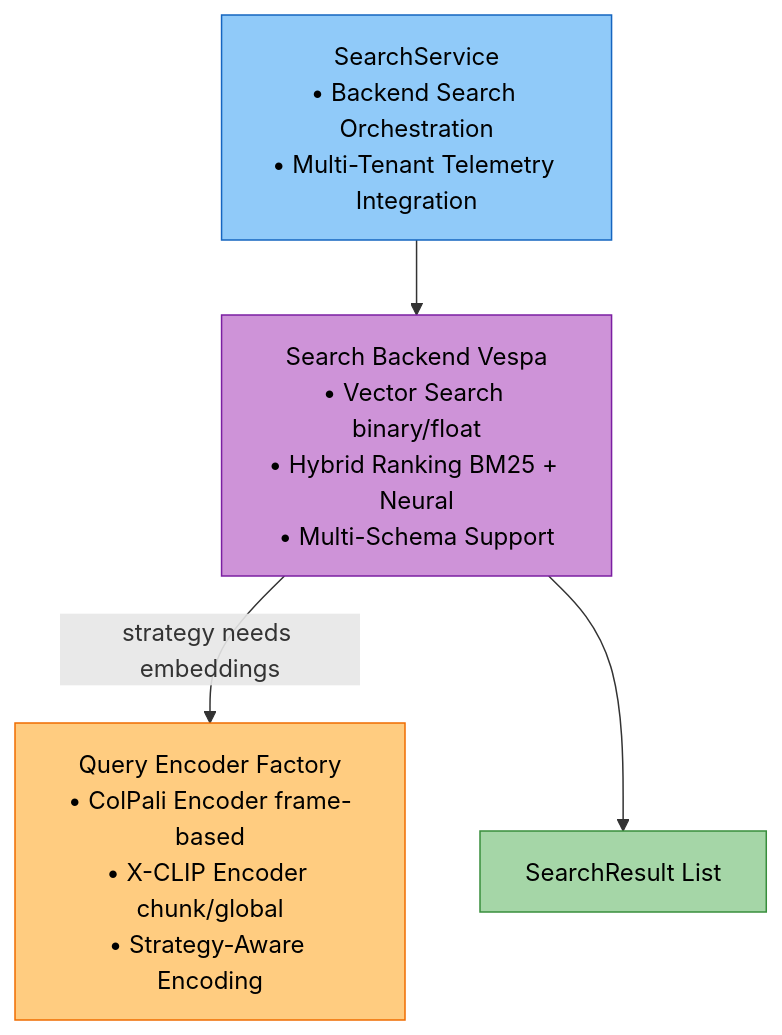
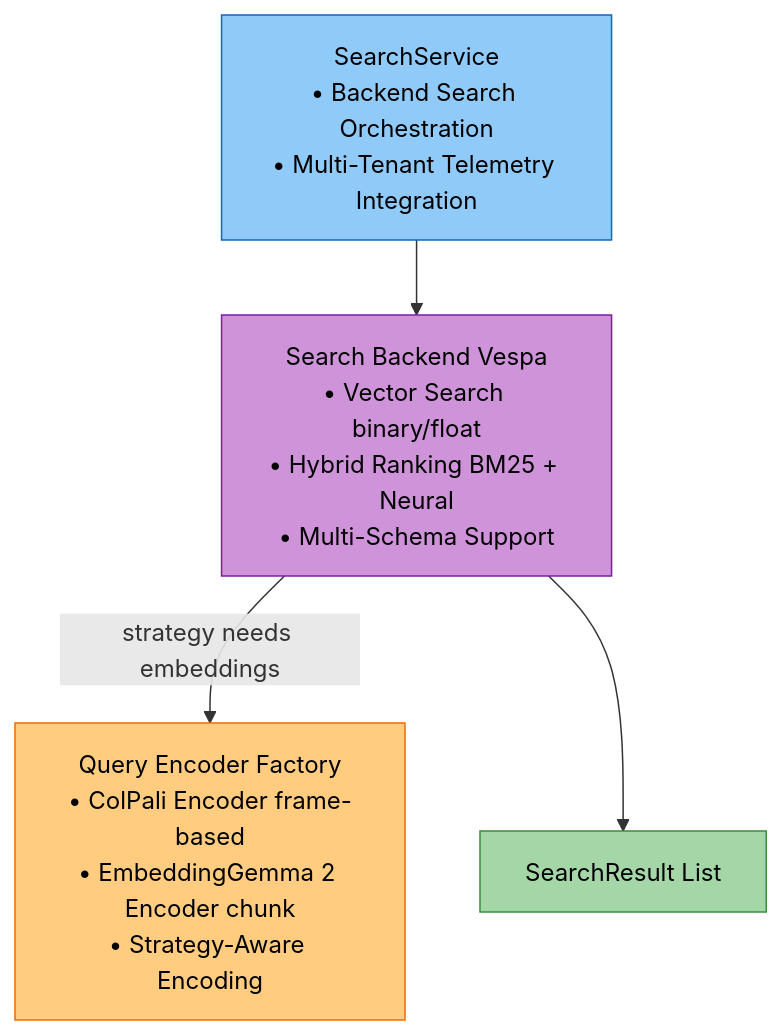
Before and after one commit to amit-jain/cogniverse: the first of 3 diagrams in docs/modules/search-reranking.md, drawn with Mermaid. The commit also changed 161 other files, not shown here.

````diff
--- a/docs/modules/search-reranking.md
+++ b/docs/modules/search-reranking.md
@@ -58,15 +58,15 @@
 ```mermaid
 flowchart TB
     SearchService["<span style='color:#000'>SearchService<br/>• Backend Search Orchestration<br/>• Multi-Tenant Telemetry Integration</span>"]
 
     SearchService --> Backend["<span style='color:#000'>Search Backend Vespa<br/>• Vector Search binary/float<br/>• Hybrid Ranking BM25 + Neural<br/>• Multi-Schema Support</span>"]
 
-    Backend -->|strategy needs embeddings| EncoderFactory["<span style='color:#000'>Query Encoder Factory<br/>• ColPali Encoder frame-based<br/>• X-CLIP Encoder chunk/global<br/>• Strategy-Aware Encoding</span>"]
+    Backend -->|strategy needs embeddings| EncoderFactory["<span style='color:#000'>Query Encoder Factory<br/>• ColPali Encoder frame-based<br/>• EmbeddingGemma 2 Encoder chunk<br/>• Strategy-Aware Encoding</span>"]
 
     Backend --> Results["<span style='color:#000'>SearchResult List</span>"]
 
     style SearchService fill:#90caf9,stroke:#1565c0,color:#000
     style EncoderFactory fill:#ffcc80,stroke:#ef6c00,color:#000
     style Backend fill:#ce93d8,stroke:#7b1fa2,color:#000
     style Results fill:#a5d6a7,stroke:#388e3c,color:#000
 ```
````
